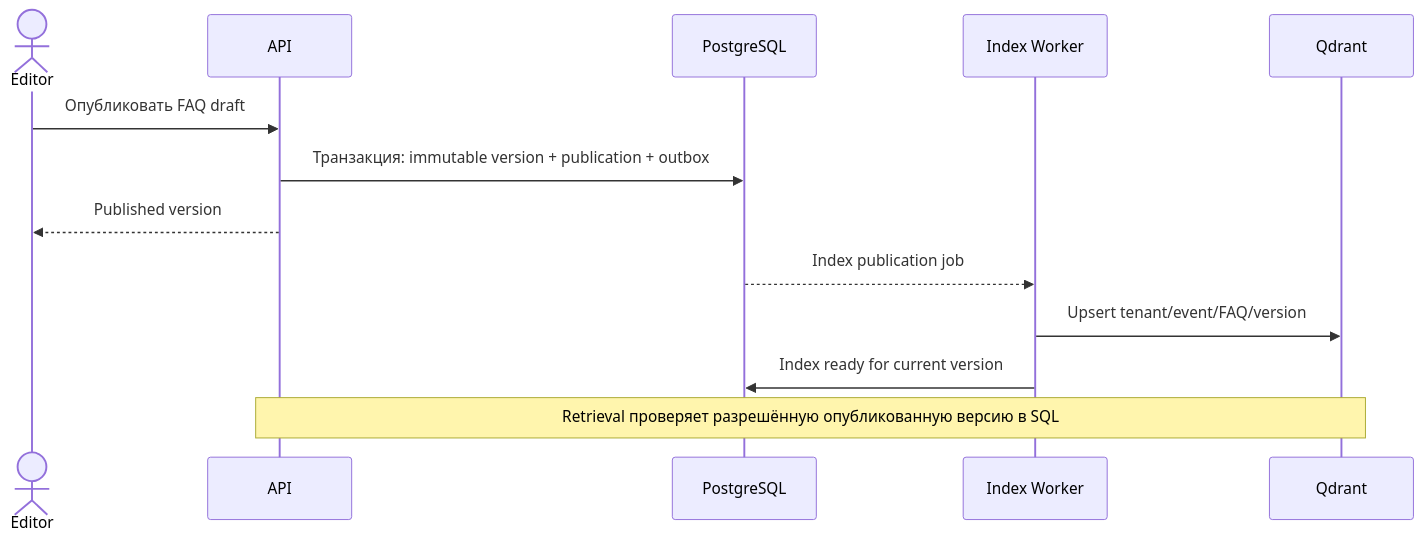
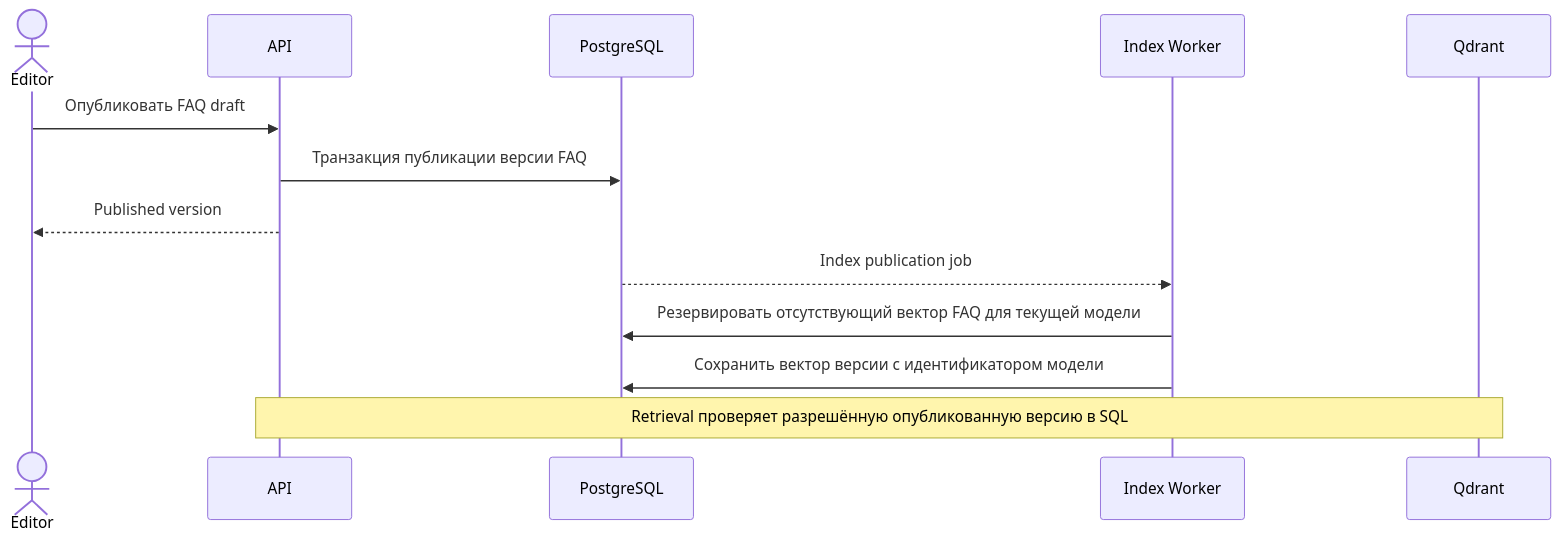
One commit to Feruum/OpenFacto changed the fifth of 8 diagrams in docs/openfacto/ARCHITECTURE.md. Above: the diagram before and after it, drawn with Mermaid. The commit also changed other lines of this file and 1379 other files, not shown here.

````diff
--- a/docs/openfacto/ARCHITECTURE.md
+++ b/docs/openfacto/ARCHITECTURE.md
@@ -73,15 +142,15 @@
 ```mermaid
 sequenceDiagram
   actor Editor
   participant API
   participant DB as PostgreSQL
   participant W as Index Worker
   participant QD as Qdrant
   Editor->>API: Опубликовать FAQ draft
-  API->>DB: Транзакция: immutable version + publication + outbox
+  API->>DB: Транзакция публикации версии FAQ
   API-->>Editor: Published version
   DB-->>W: Index publication job
-  W->>QD: Upsert tenant/event/FAQ/version
-  W->>DB: Index ready for current version
+  W->>DB: Резервировать отсутствующий вектор FAQ для текущей модели
+  W->>DB: Сохранить вектор версии с идентификатором модели
   Note over API,QD: Retrieval проверяет разрешённую опубликованную версию в SQL
 ```
````
